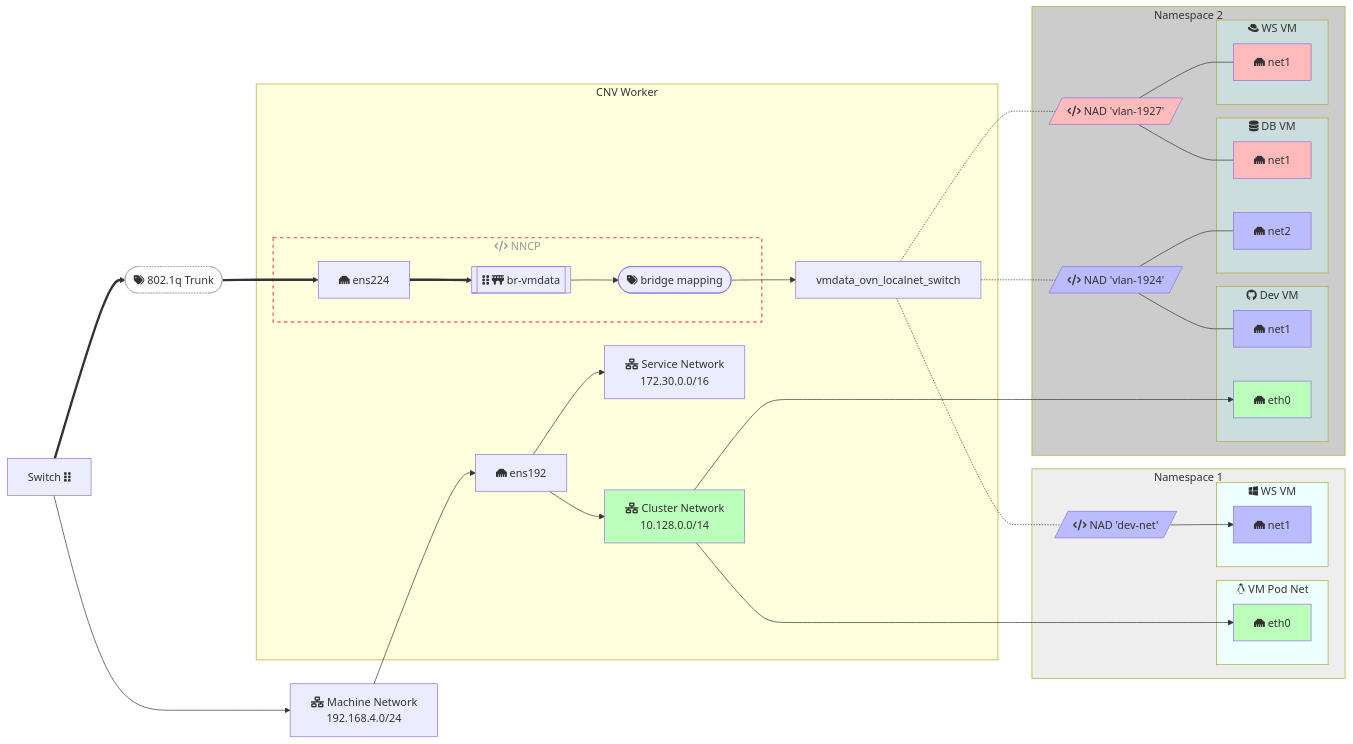
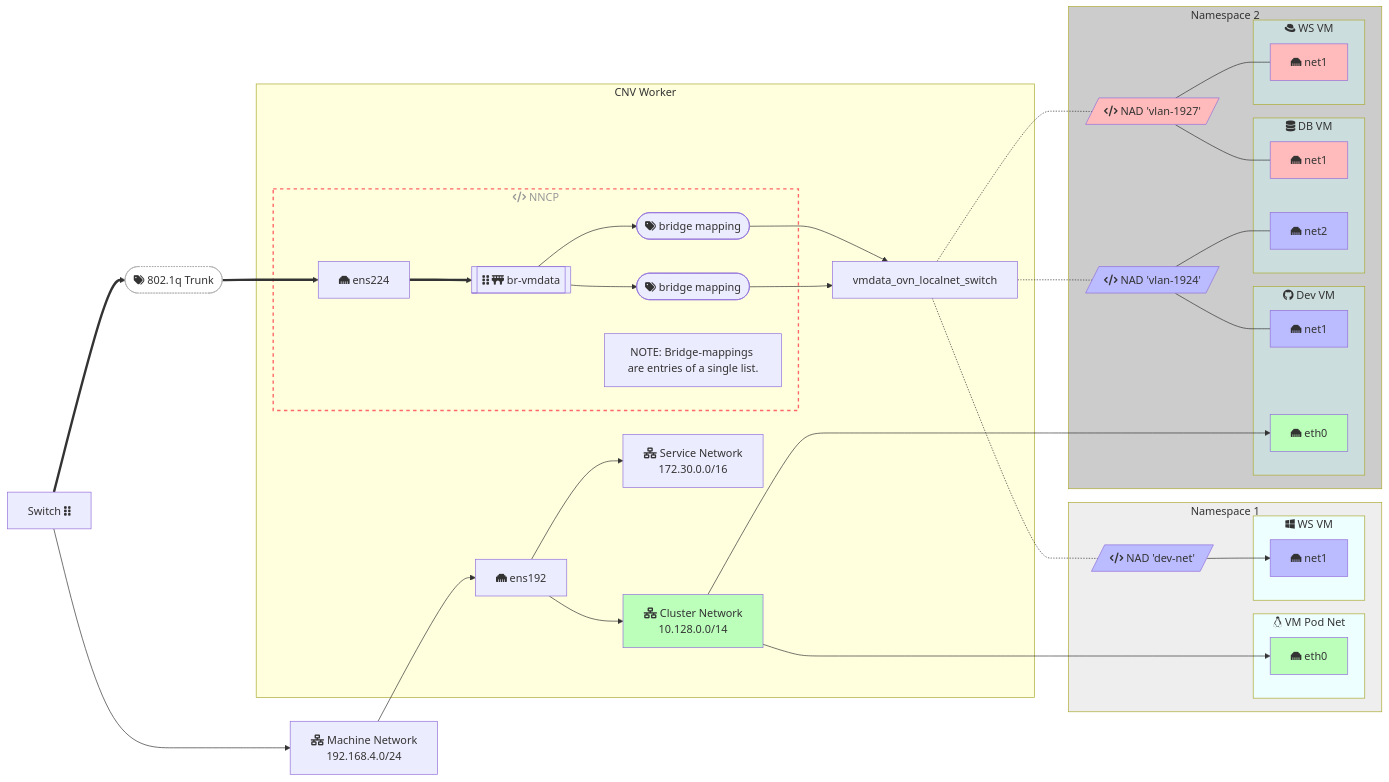
One commit to dlbewley/demo-virt changed the first of 3 diagrams in networking/diagram.md. Above: the diagram before and after it, drawn with Mermaid. The commit also changed other lines of this file, not shown here.

Commit message:
begin epifany integration

```diff
--- a/networking/diagram.md
+++ b/networking/diagram.md
@@ -26,10 +30,14 @@
     subgraph nncp["fa:fa-code NNCP"]
       ens224["fa:fa-ethernet ens224"]
       ens224 ==> br-vmdata[["fa:fa-grip-vertical fa:fa-bridge br-vmdata"]]
-    br-vmdata --> BM(["fa:fa-tags bridge mapping"])
+      br-vmdata --> BM1924(["fa:fa-tags bridge mapping"])
+      br-vmdata --> BM1926(["fa:fa-tags bridge mapping"])
+
+      note["NOTE: Bridge-mappings are entries of a single list."]
     end
 
-    BM --> vmdata_ovn_localnet_switch
+    BM1924 --> vmdata_ovn_localnet_switch
+    BM1926 --> vmdata_ovn_localnet_switch
 
   end
 
```
